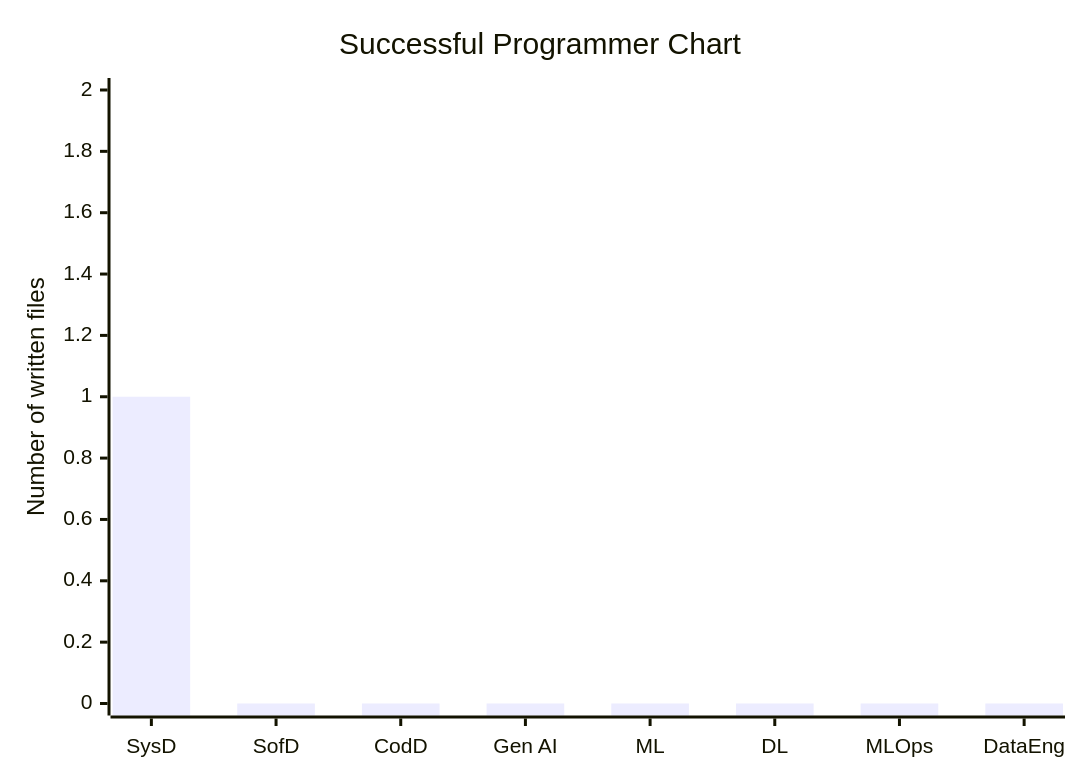
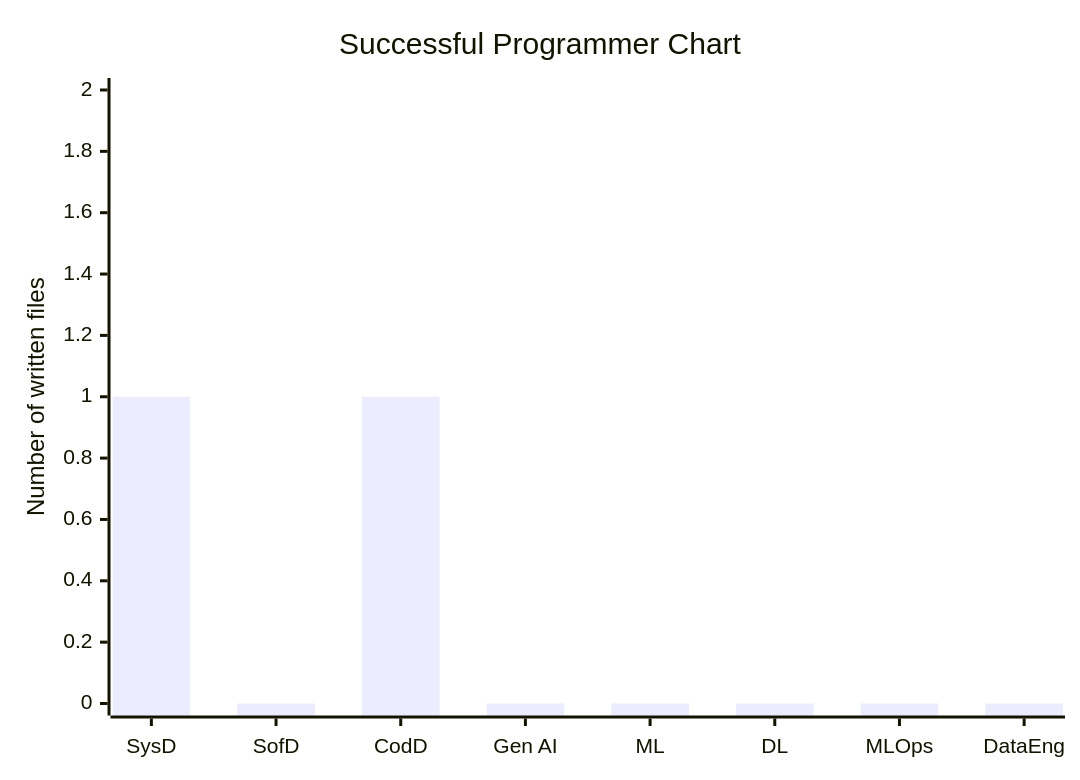
Before and after one commit to bezerraescossia/Sucessful-Programmer-Journey: the diagram in README.md, drawn with Mermaid. The commit also changed other lines of this file and 4 other files, not shown here.

````diff
--- a/README.md
+++ b/README.md
@@ -3,7 +3,7 @@
 ```mermaid
 xychart
     title "Successful Programmer Chart"
     x-axis ["SysD", "SofD", "CodD", "Gen AI", "ML", "DL", "MLOps", "DataEng"]
     y-axis "Number of written files" 0 --> 2
-    bar [1, 0, 0, 0, 0, 0, 0, 0]
+    bar [1, 0, 1, 0, 0, 0, 0, 0]
 ```
````
